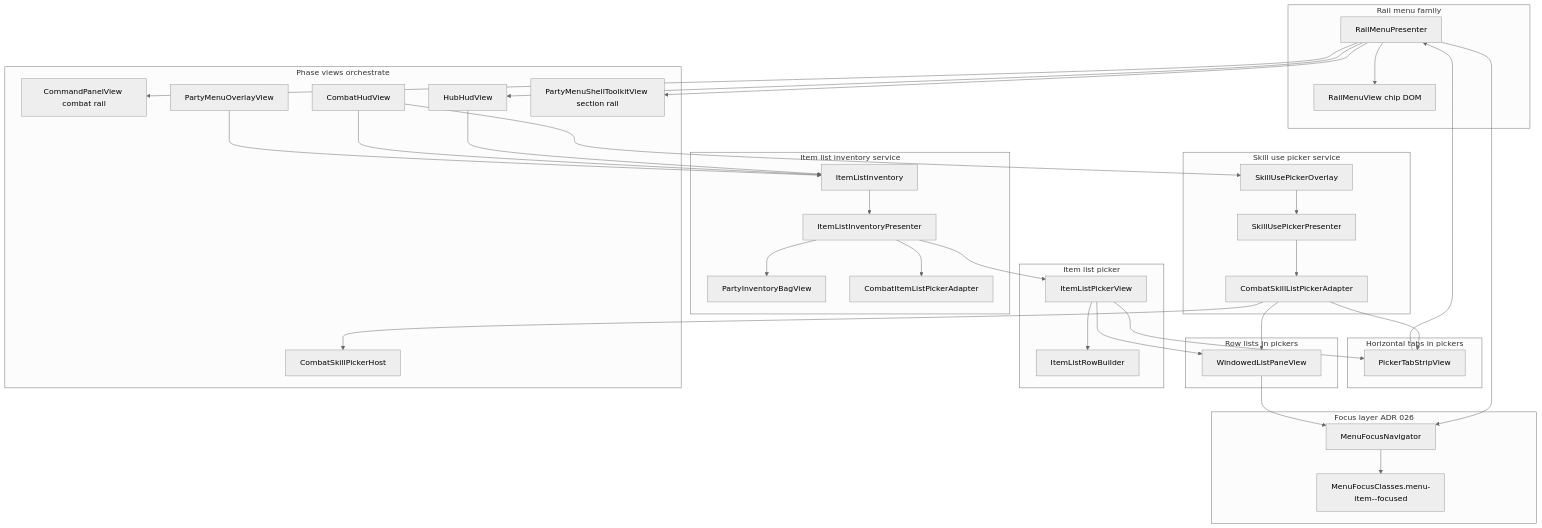
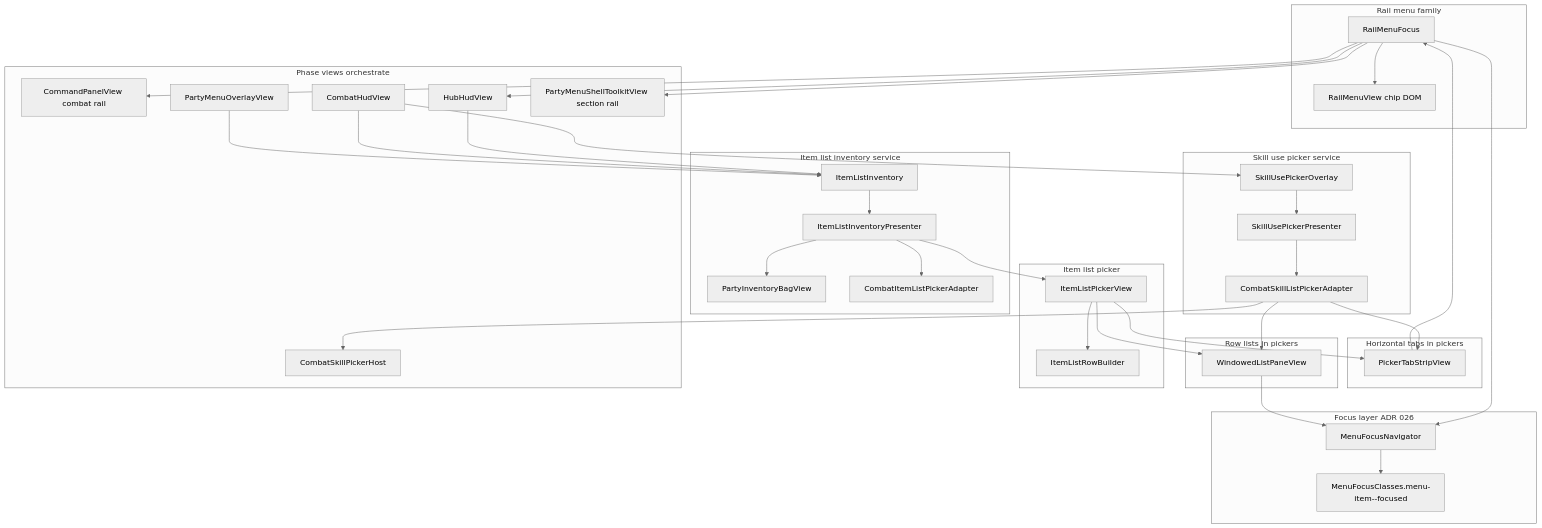
The first of 7 diagrams in docs/04-dev/shared-menu-picker-ui.md (miramocha/griddungeon-design-docs), drawn with Mermaid (neutral theme) before and after one commit. The commit also changed other lines of this file and 15 other files, not shown here.

First line of the commit message:
Document RailMenuFocus and DungeonSceneHost (#413).

````diff
--- a/docs/04-dev/shared-menu-picker-ui.md
+++ b/docs/04-dev/shared-menu-picker-ui.md
@@ -33,70 +33,70 @@
 ```mermaid
 flowchart TB
   subgraph focus [Focus layer ADR 026]
     MFN[MenuFocusNavigator]
     MFC[MenuFocusClasses.menu-item--focused]
     MFN --> MFC
   end
 
   subgraph rail [Rail menu family]
-    RMP[RailMenuPresenter]
+    RMP[RailMenuFocus]
     RMV[RailMenuView chip DOM]
     RMP --> RMV
     RMP --> MFN
   end
 
   subgraph tabs [Horizontal tabs in pickers]
     PTS[PickerTabStripView]
     PTS --> RMP
   end
 
   subgraph lists [Row lists in pickers]
     WLP[WindowedListPaneView]
     WLP --> MFN
   end
 
   subgraph itemPicker [Item list picker]
     ILP[ItemListPickerView]
     ILRB[ItemListRowBuilder]
     ILP --> PTS
     ILP --> WLP
     ILP --> ILRB
   end
 
   subgraph skillPicker [Skill use picker service]
     SUO[SkillUsePickerOverlay]
     SPP[SkillUsePickerPresenter]
     CSAD[CombatSkillListPickerAdapter]
     SUO --> SPP
     SPP --> CSAD
     CSAD --> PTS
     CSAD --> WLP
   end
 
   subgraph inventorySvc [Item list inventory service]
     ILI[ItemListInventory]
     IIP[ItemListInventoryPresenter]
     ILI --> IIP
     IIP --> ILP
     IIP --> BAG[PartyInventoryBagView]
     IIP --> CITEM[CombatItemListPickerAdapter]
   end
 
   subgraph consumers [Phase views orchestrate]
     CMD[CommandPanelView combat rail]
     HUB[HubHudView]
     CHV[CombatHudView]
     PMO[PartyMenuOverlayView]
     PARTY[PartyMenuShellToolkitView section rail]
     CSKILL[CombatSkillPickerHost]
   end
 
   RMP --> CMD
   RMP --> HUB
   RMP --> PARTY
   HUB --> ILI
   CHV --> SUO
   CHV --> ILI
   PMO --> ILI
   CSAD --> CSKILL
 ```
````
